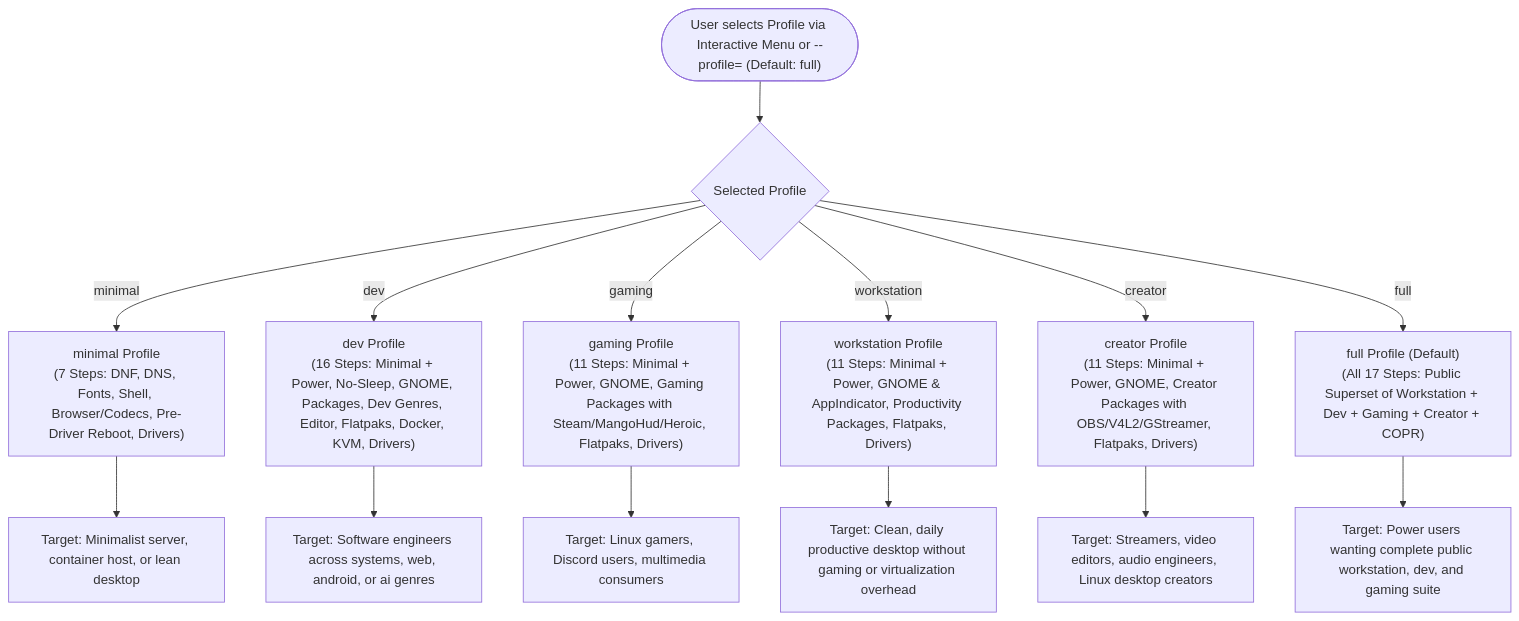
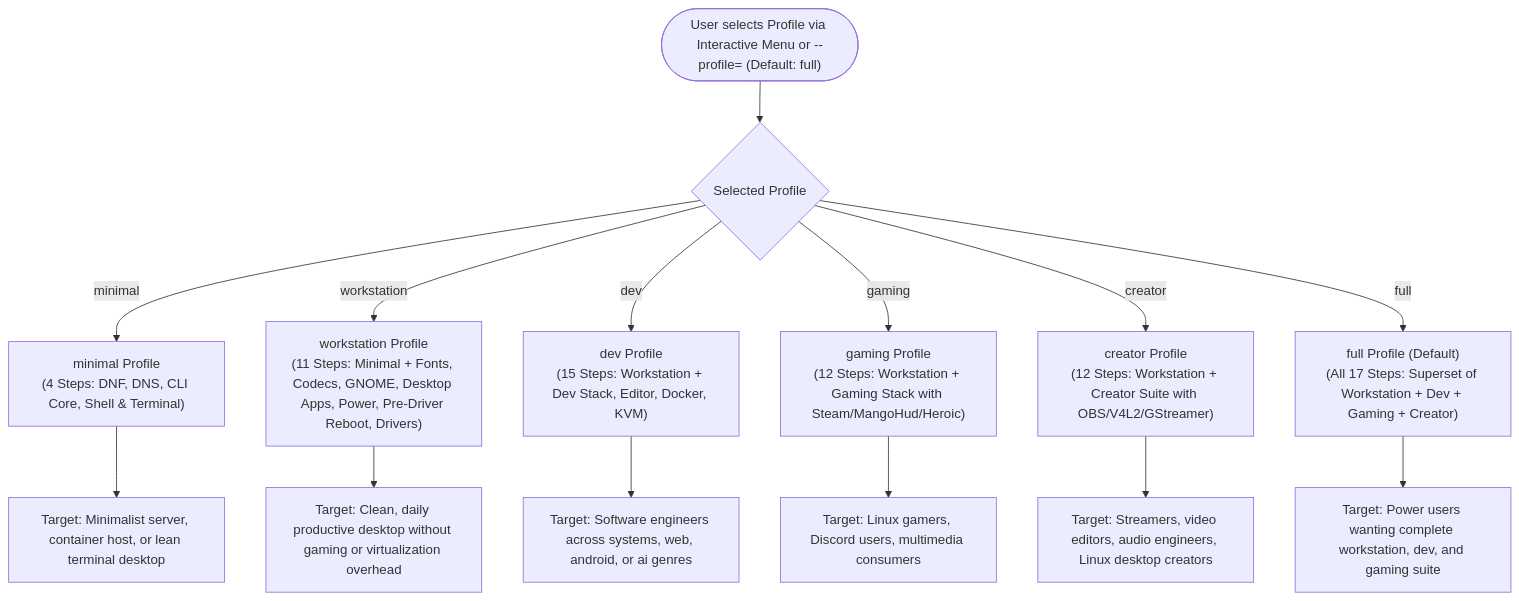
The second of 21 diagrams in PSEUDOCODE.md (kk376/fedora-post-install), drawn with Mermaid before and after one commit. The commit also changed other lines of this file and 2 other files, not shown here.

First line of the commit message:
docs: update README, architecture guide, and pseudocode for v7.0.0

````diff
--- a/PSEUDOCODE.md
+++ b/PSEUDOCODE.md
@@ -106,18 +106,18 @@
 ```mermaid
 flowchart TD
     UserSelect(["User selects Profile via Interactive Menu or --profile=<name> (Default: full)"]) --> SwitchProfile{Selected Profile}
 
-    SwitchProfile -- minimal --> P_Min["minimal Profile<br/>(7 Steps: DNF, DNS, Fonts, Shell, Browser/Codecs, Pre-Driver Reboot, Drivers)"]
-    SwitchProfile -- dev --> P_Dev["dev Profile<br/>(16 Steps: Minimal + Power, No-Sleep, GNOME, Packages, Dev Genres, Editor, Flatpaks, Docker, KVM, Drivers)"]
-    SwitchProfile -- gaming --> P_Gaming["gaming Profile<br/>(11 Steps: Minimal + Power, GNOME, Gaming Packages with Steam/MangoHud/Heroic, Flatpaks, Drivers)"]
-    SwitchProfile -- workstation --> P_Work["workstation Profile<br/>(11 Steps: Minimal + Power, GNOME & AppIndicator, Productivity Packages, Flatpaks, Drivers)"]
-    SwitchProfile -- creator --> P_Creator["creator Profile<br/>(11 Steps: Minimal + Power, GNOME, Creator Packages with OBS/V4L2/GStreamer, Flatpaks, Drivers)"]
-    SwitchProfile -- full --> P_Full["full Profile (Default)<br/>(All 17 Steps: Public Superset of Workstation + Dev + Gaming + Creator + COPR)"]
+    SwitchProfile -- minimal --> P_Min["minimal Profile<br/>(4 Steps: DNF, DNS, CLI Core, Shell & Terminal)"]
+    SwitchProfile -- workstation --> P_Work["workstation Profile<br/>(11 Steps: Minimal + Fonts, Codecs, GNOME, Desktop Apps, Power, Pre-Driver Reboot, Drivers)"]
+    SwitchProfile -- dev --> P_Dev["dev Profile<br/>(15 Steps: Workstation + Dev Stack, Editor, Docker, KVM)"]
+    SwitchProfile -- gaming --> P_Gaming["gaming Profile<br/>(12 Steps: Workstation + Gaming Stack with Steam/MangoHud/Heroic)"]
+    SwitchProfile -- creator --> P_Creator["creator Profile<br/>(12 Steps: Workstation + Creator Suite with OBS/V4L2/GStreamer)"]
+    SwitchProfile -- full --> P_Full["full Profile (Default)<br/>(All 17 Steps: Superset of Workstation + Dev + Gaming + Creator)"]
 
-    P_Min --> CoreOnly["Target: Minimalist server, container host, or lean desktop"]
+    P_Min --> CoreOnly["Target: Minimalist server, container host, or lean terminal desktop"]
+    P_Work --> WorkOnly["Target: Clean, daily productive desktop without gaming or virtualization overhead"]
     P_Dev --> DevOnly["Target: Software engineers across systems, web, android, or ai genres"]
     P_Gaming --> GameOnly["Target: Linux gamers, Discord users, multimedia consumers"]
-    P_Work --> WorkOnly["Target: Clean, daily productive desktop without gaming or virtualization overhead"]
     P_Creator --> CreatorOnly["Target: Streamers, video editors, audio engineers, Linux desktop creators"]
-    P_Full --> FullOnly["Target: Power users wanting complete public workstation, dev, and gaming suite"]
+    P_Full --> FullOnly["Target: Power users wanting complete workstation, dev, and gaming suite"]
 ```
````
